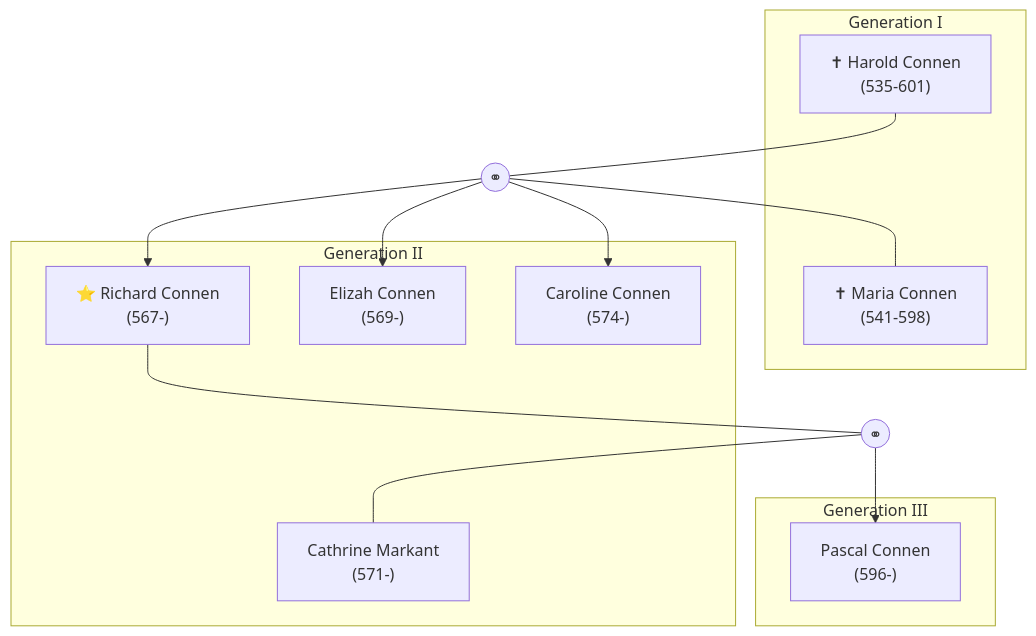
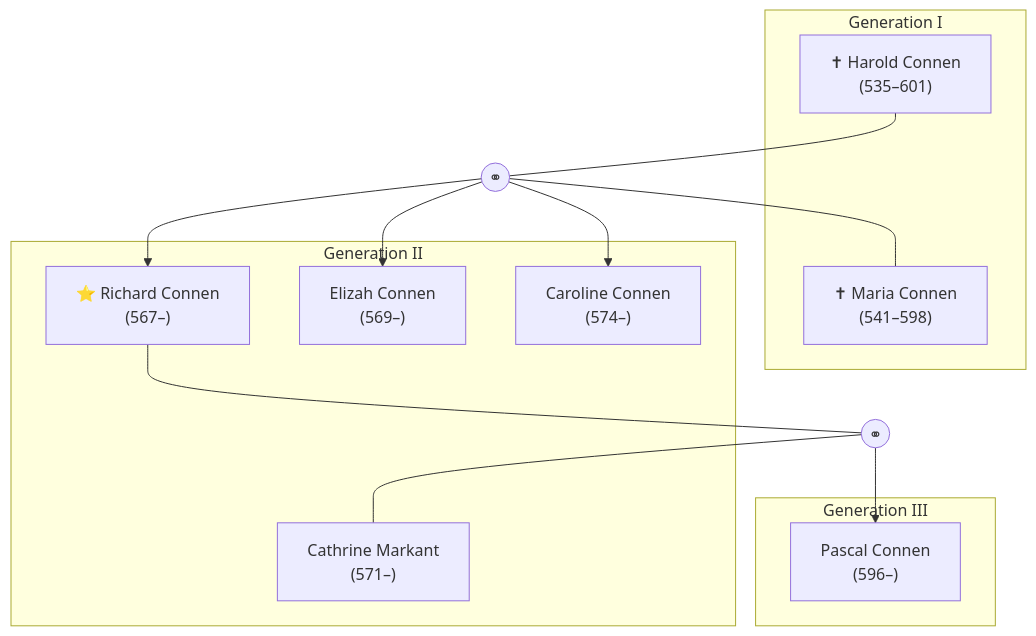
Before and after one commit to TheFabzie/book_lore: the diagram in content/charaktere/familien/connen.md, drawn with Mermaid.

Commit message:
Stammbaum

````diff
--- a/content/charaktere/familien/connen.md
+++ b/content/charaktere/familien/connen.md
@@ -7,41 +7,41 @@
 ```mermaid
 
 graph TD
 %% Haus Connen
 
 subgraph Gen1["Generation I"]
-  harold_connen["✝ Harold Connen<br/>(535-601)"]
-  maria_connen["✝ Maria Connen<br/>(541-598)"]
+  harold_connen["✝ Harold Connen<br/>(535–601)"]
+  maria_connen["✝ Maria Connen<br/>(541–598)"]
 end
 
 harold_connen --- e1((⚭)) --- maria_connen
 
 subgraph Gen2["Generation II"]
-  richard_connen["⭐ Richard Connen<br/>(567-)"]
-  elizah_connen["Elizah Connen<br/>(569-)"]
-  caroline_connen["Caroline Connen<br/>(574-)"]
-  cathrine_markant["Cathrine Markant<br/>(571-)"]
+  richard_connen["⭐ Richard Connen<br/>(567–)"]
+  elizah_connen["Elizah Connen<br/>(569–)"]
+  caroline_connen["Caroline Connen<br/>(574–)"]
+  cathrine_markant["Cathrine Markant<br/>(571–)"]
 end
 
 e1 --> richard_connen
 e1 --> elizah_connen
 e1 --> caroline_connen
 
 richard_connen --- e2((⚭)) --- cathrine_markant
 
 subgraph Gen3["Generation III"]
-  pascal_connen["Pascal Connen<br/>(596-)"]
+  pascal_connen["Pascal Connen<br/>(596–)"]
 end
 
 e2 --> pascal_connen
 
 click harold_connen "/charaktere/harold-connen"
 click maria_connen "/charaktere/maria-connen"
 click richard_connen "/charaktere/richard-connen"
 click elizah_connen "/charaktere/elizah-connen"
 click caroline_connen "/charaktere/caroline-connen"
 click cathrine_markant "/charaktere/cathrine-markant"
 click pascal_connen "/charaktere/pascal-connen"
 
 
 ```
````
